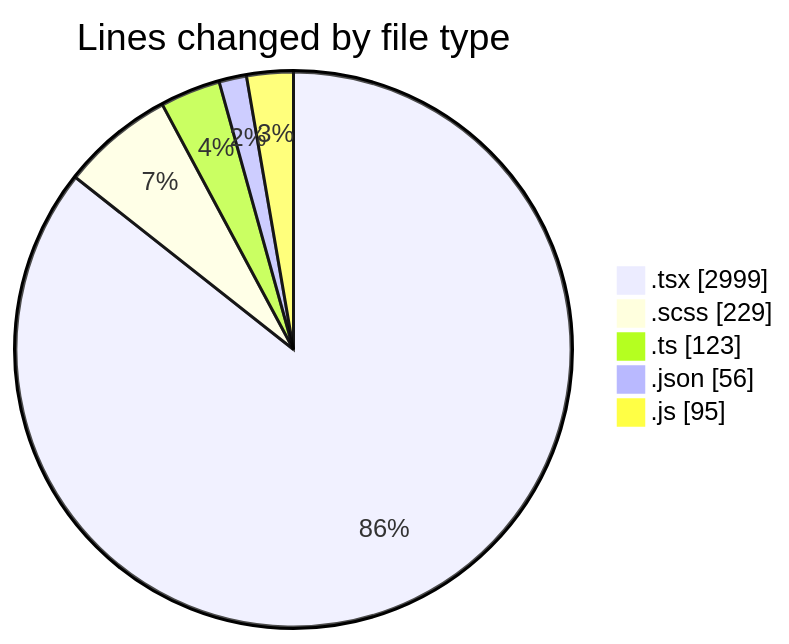
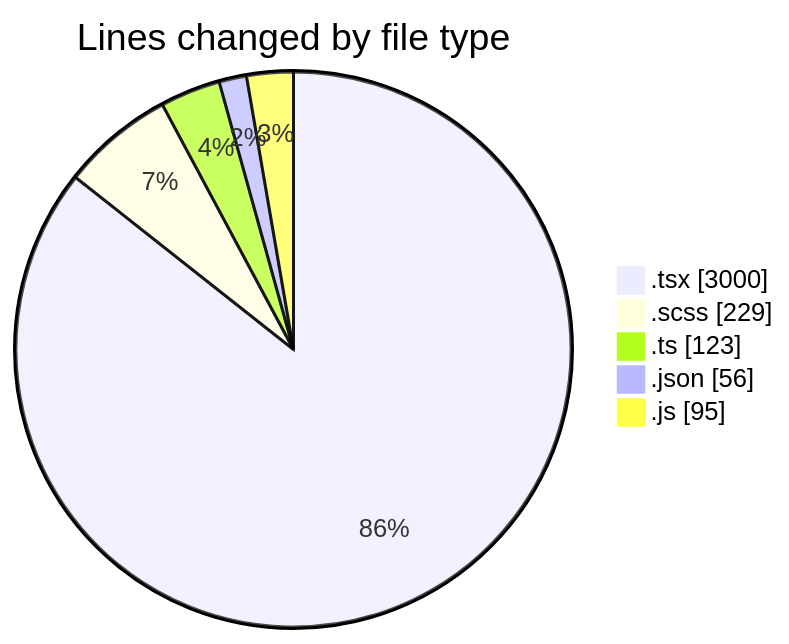
One commit to momahboobian/code-tracking changed the first of 2 diagrams in 2026-10-30/cda/README.md. Above: the diagram before and after it, drawn with Mermaid. The commit also changed other lines of this file and 1 other file, not shown here.

````diff
--- a/2026-10-30/cda/README.md
+++ b/2026-10-30/cda/README.md
@@ -41,9 +41,9 @@
 ```mermaid
 pie showData
 title Lines changed by file type
-".tsx" : 2999
+".tsx" : 3000
 ".scss" : 229
 ".ts" : 123
 ".json" : 56
 ".js" : 95
 ```
````
